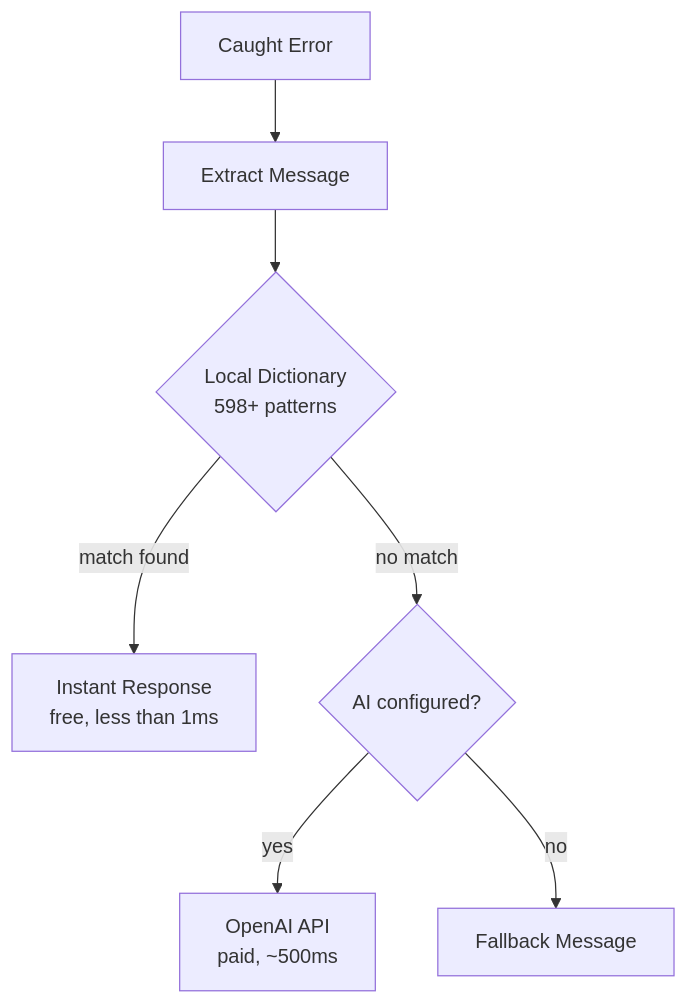
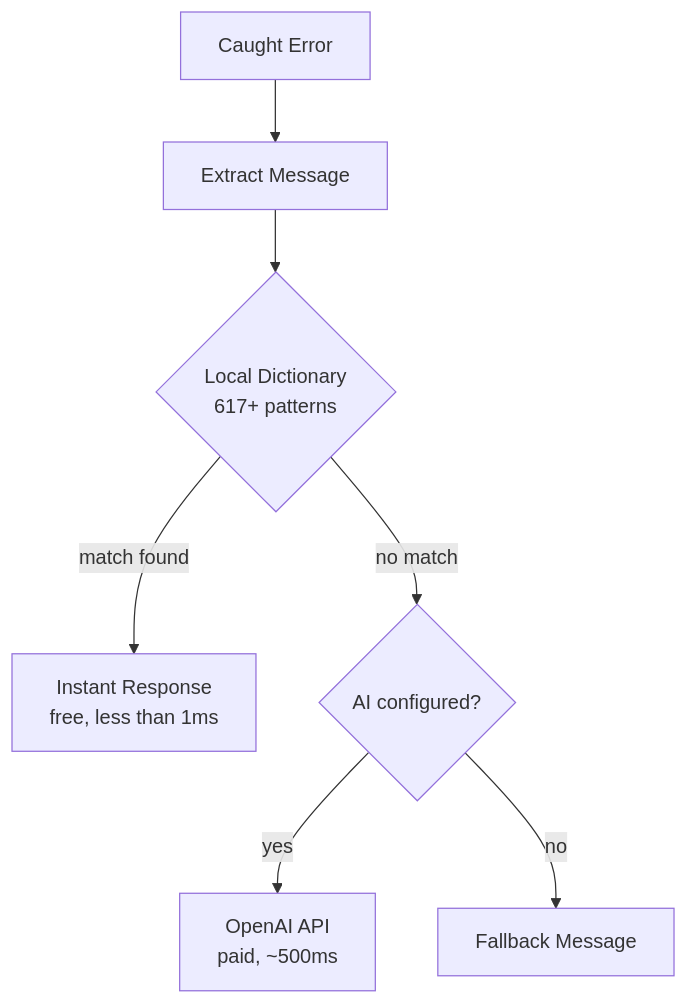
The diagram in README.md (halilatilla/web3-error-humanizer), drawn with Mermaid before and after one commit. The commit also changed other lines of this file and 2 other files, not shown here.

First line of the commit message:
feat: add 19 viem error class name patterns

````diff
--- a/README.md
+++ b/README.md
@@ -293,9 +293,9 @@
 ```mermaid
 flowchart TD
     A["Caught Error"] --> B["Extract Message"]
-    B --> C{"Local Dictionary\n598+ patterns"}
+    B --> C{"Local Dictionary\n617+ patterns"}
     C -->|match found| D["Instant Response\nfree, less than 1ms"]
     C -->|no match| E{"AI configured?"}
     E -->|yes| F["OpenAI API\npaid, ~500ms"]
     E -->|no| G["Fallback Message"]
 ```
````
